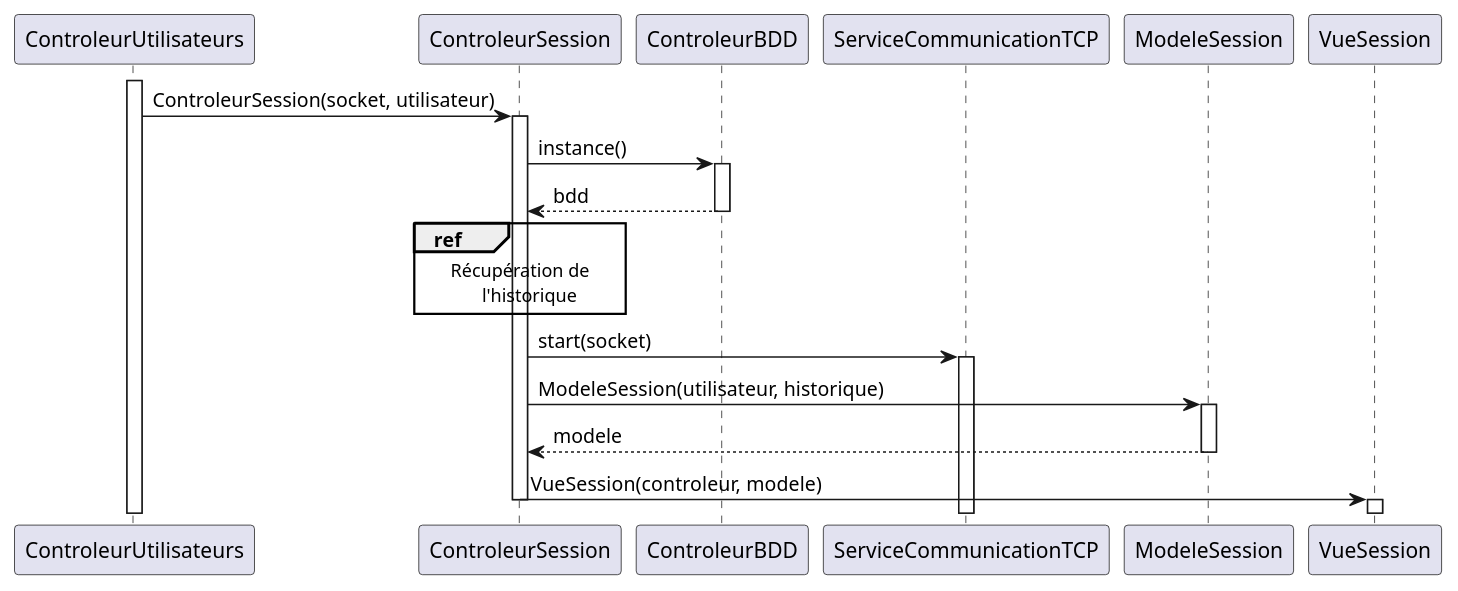
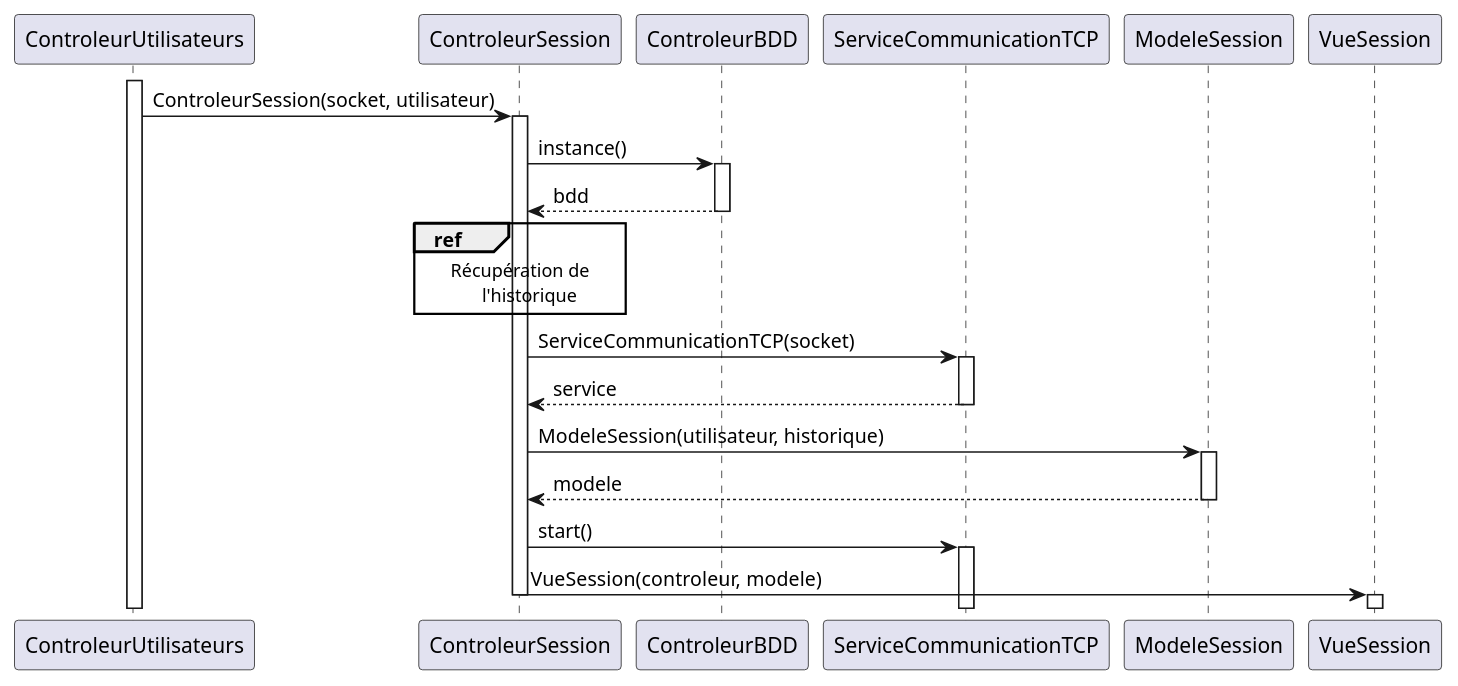
Before and after one commit to arc-hugo/clavardage_uml: the diagram in sequence/creation_session.wsd, drawn with PlantUML. The commit also changed 1 other file, not shown here.

Commit message:
correction service communication

```diff
--- a/sequence/creation_session.wsd
+++ b/sequence/creation_session.wsd
@@ -1,22 +1,26 @@
 @startuml creation_session
 activate ControleurUtilisateurs
 ControleurUtilisateurs -> ControleurSession : ControleurSession(socket, utilisateur)
 activate ControleurSession
 ControleurSession -> ControleurBDD : instance()
 activate ControleurBDD
 ControleurBDD --> ControleurSession : bdd
 deactivate
 ref over ControleurSession
     Récupération de
         l'historique
 end ref
-ControleurSession -> ServiceCommunicationTCP : start(socket)
+ControleurSession -> ServiceCommunicationTCP : ServiceCommunicationTCP(socket)
 activate ServiceCommunicationTCP
+ServiceCommunicationTCP --> ControleurSession : service
+deactivate ServiceCommunicationTCP
 ControleurSession -> ModeleSession : ModeleSession(utilisateur, historique)
 activate ModeleSession
 ModeleSession --> ControleurSession : modele
 deactivate ModeleSession
+ControleurSession -> ServiceCommunicationTCP : start()
+activate ServiceCommunicationTCP
 ControleurSession -> VueSession : VueSession(controleur, modele)
 deactivate ControleurSession
 activate VueSession
 @enduml
```
